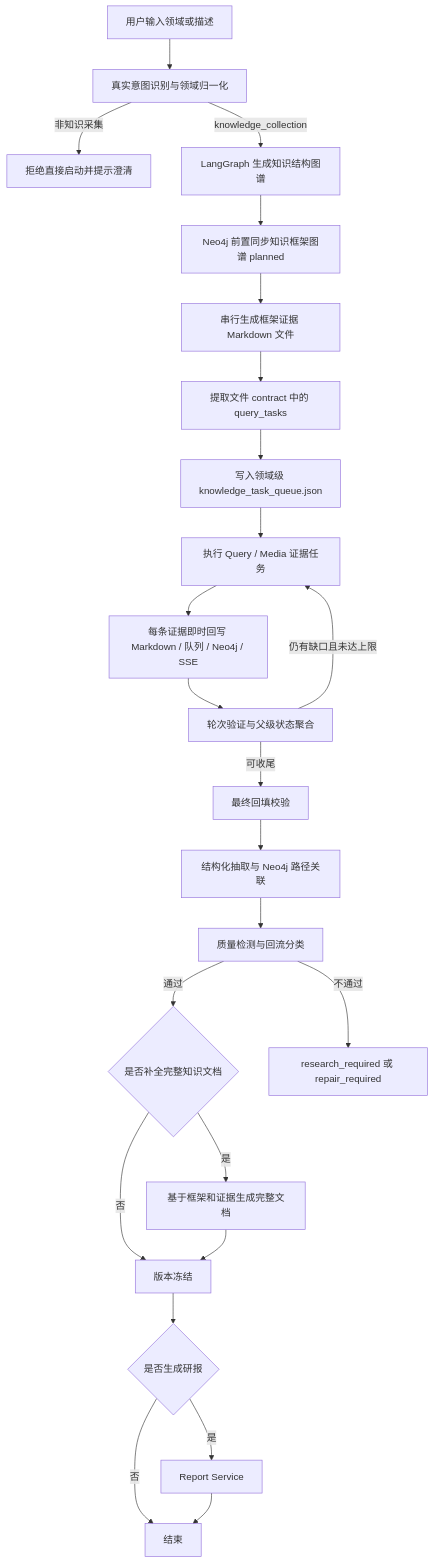
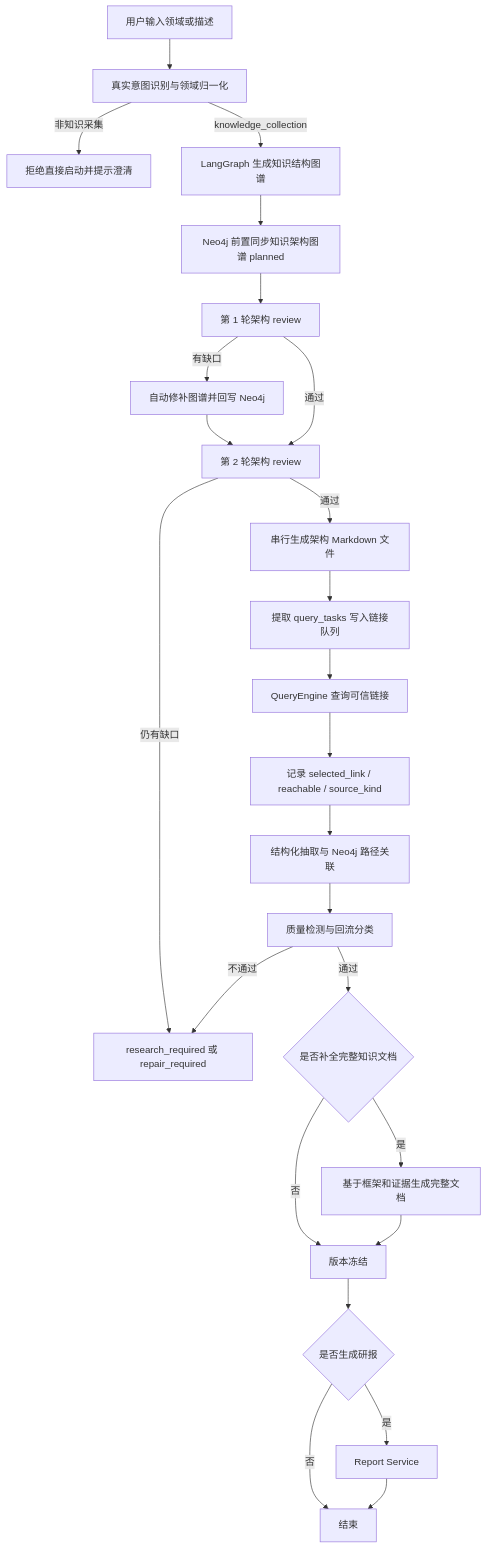
One commit to crabin/knowledgeforge changed the diagram in docs/项目需求.md. Above: the diagram before and after it, drawn with Mermaid. The commit also changed other lines of this file and 21 other files, not shown here.

Commit message:
Refactor workflow around architecture review

````diff
--- a/docs/项目需求.md
+++ b/docs/项目需求.md
@@ -36,26 +37,27 @@
 ```mermaid
 flowchart TD
     A[用户输入领域或描述] --> B[真实意图识别与领域归一化]
     B -->|非知识采集| X[拒绝直接启动并提示澄清]
     B -->|knowledge_collection| C[LangGraph 生成知识结构图谱]
-    C --> D[Neo4j 前置同步知识框架图谱 planned]
-    D --> E[串行生成框架证据 Markdown 文件]
-    E --> F[提取文件 contract 中的 query_tasks]
-    F --> G[写入领域级 knowledge_task_queue.json]
-    G --> H[执行 Query / Media 证据任务]
-    H --> I[每条证据即时回写 Markdown / 队列 / Neo4j / SSE]
-    I --> J[轮次验证与父级状态聚合]
-    J -->|仍有缺口且未达上限| H
-    J -->|可收尾| K[最终回填校验]
+    C --> D[Neo4j 前置同步知识架构图谱 planned]
+    D --> E[第 1 轮架构 review]
+    E -->|有缺口| F[自动修补图谱并回写 Neo4j]
+    F --> G[第 2 轮架构 review]
+    E -->|通过| G
+    G -->|仍有缺口| O[repair_required 不生成本地文档]
+    G -->|通过| H[串行生成架构 Markdown 文件]
+    H --> I[提取 query_tasks 写入链接队列]
+    I --> J[QueryEngine 查询可信链接]
+    J --> K[记录 selected_link / reachable / source_kind]
     K --> L[结构化抽取与 Neo4j 路径关联]
     L --> M[质量检测与回流分类]
     M -->|通过| N{是否补全完整知识文档}
     N -->|否| V[版本冻结]
     N -->|是| W[基于框架和证据生成完整文档]
     W --> V
     M -->|不通过| O[research_required 或 repair_required]
     V --> P{是否生成研报}
     P -->|是| Q[Report Service]
     P -->|否| R[结束]
     Q --> R
 ```
````
